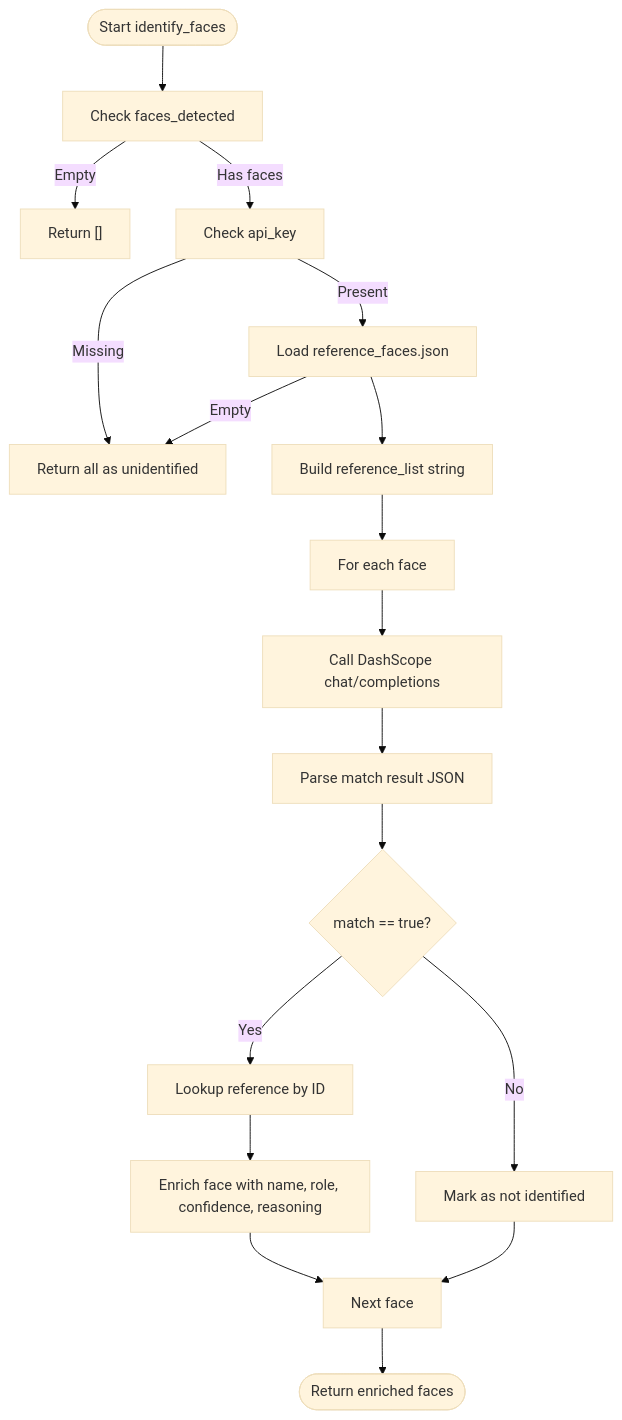
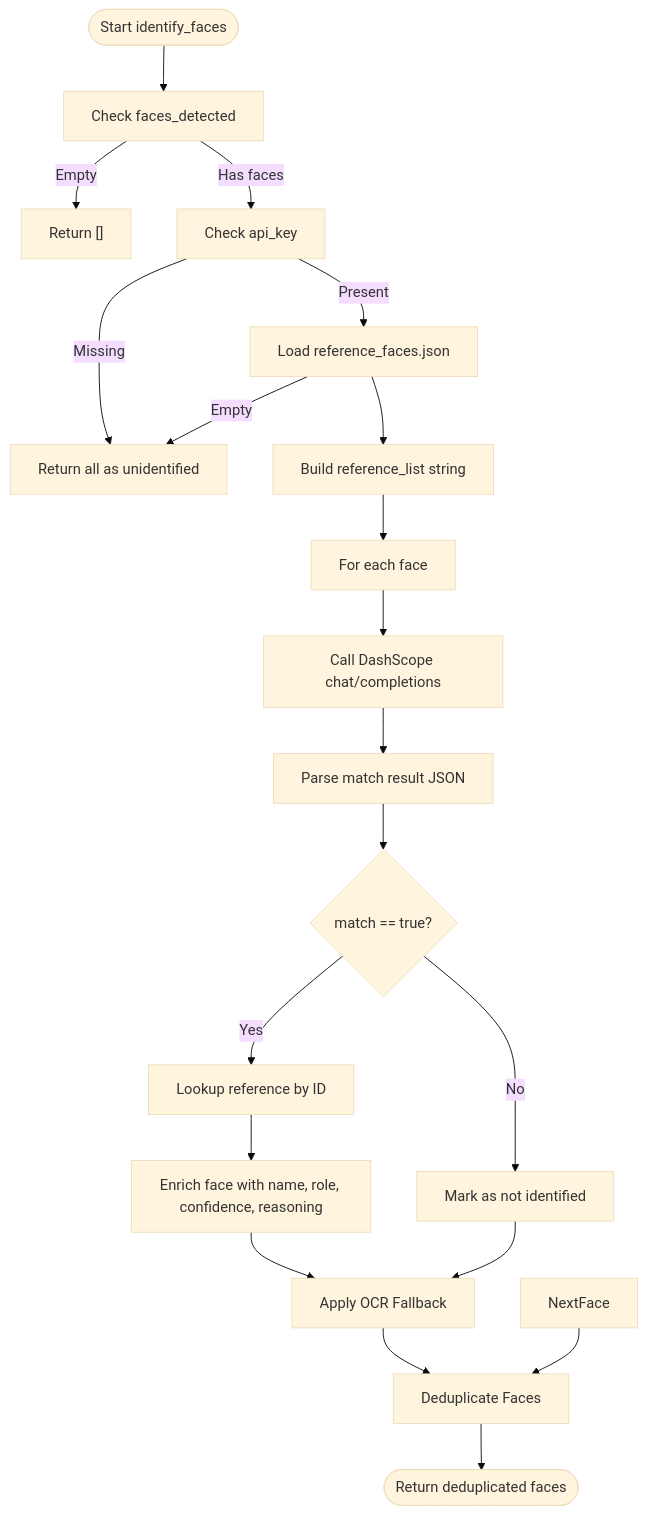
Before and after one commit to alexandreybasta-cyber/dubai-media-ai: the third of 5 diagrams in .qoder/repowiki/en/content/Media Processing Pipeline/Face Recognition Stage.md, drawn with Mermaid (base theme). The commit also changed other lines of this file and 54 other files, not shown here.

````diff
--- a/.qoder/repowiki/en/content/Media Processing Pipeline/Face Recognition Stage.md
+++ b/.qoder/repowiki/en/content/Media Processing Pipeline/Face Recognition Stage.md
@@ -121,20 +135,22 @@
 ```mermaid
 flowchart TD
 Start(["Start identify_faces"]) --> CheckFaces["Check faces_detected"]
 CheckFaces --> |Empty| ReturnEmpty["Return []"]
 CheckFaces --> |Has faces| CheckKey["Check api_key"]
 CheckKey --> |Missing| ReturnUnidentified["Return all as unidentified"]
 CheckKey --> |Present| LoadRefs["Load reference_faces.json"]
 LoadRefs --> |Empty| ReturnUnidentified
 LoadRefs --> BuildPrompt["Build reference_list string"]
 BuildPrompt --> LoopFaces["For each face"]
 LoopFaces --> CallAPI["Call DashScope chat/completions"]
 CallAPI --> ParseResp["Parse match result JSON"]
 ParseResp --> HasMatch{"match == true?"}
 HasMatch --> |Yes| LookupRef["Lookup reference by ID"]
 LookupRef --> Enrich["Enrich face with name, role, confidence, reasoning"]
 HasMatch --> |No| MarkUnidentified["Mark as not identified"]
-Enrich --> NextFace["Next face"]
-MarkUnidentified --> NextFace
-NextFace --> Done(["Return enriched faces"])
+Enrich --> ApplyFallback["Apply OCR Fallback"]
+MarkUnidentified --> ApplyFallback
+ApplyFallback --> Deduplicate["Deduplicate Faces"]
+NextFace --> Deduplicate
+Deduplicate --> Done(["Return deduplicated faces"])
 ```
````
